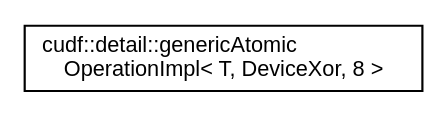
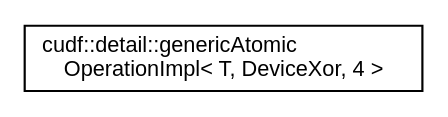
One commit to rapidsai/projects changed the diagram in libcudf/0.8.0/inherit_graph_58.dot. Above: the diagram before and after it, drawn with Graphviz. The commit also changed 531 other files, not shown here.

```diff
--- a/libcudf/0.8.0/inherit_graph_58.dot
+++ b/libcudf/0.8.0/inherit_graph_58.dot
@@ -1,7 +1,7 @@
 digraph "Graphical Class Hierarchy"
 {
   edge [fontname="Helvetica",fontsize="10",labelfontname="Helvetica",labelfontsize="10"];
   node [fontname="Helvetica",fontsize="10",shape=record];
   rankdir="LR";
-  Node0 [label="cudf::detail::genericAtomic\lOperationImpl\< T, DeviceXor, 8 \>",height=0.2,width=0.4,color="black", fillcolor="white", style="filled",URL="$structcudf_1_1detail_1_1genericAtomicOperationImpl_3_01T_00_01DeviceXor_00_018_01_4.html"];
+  Node0 [label="cudf::detail::genericAtomic\lOperationImpl\< T, DeviceXor, 4 \>",height=0.2,width=0.4,color="black", fillcolor="white", style="filled",URL="$structcudf_1_1detail_1_1genericAtomicOperationImpl_3_01T_00_01DeviceXor_00_014_01_4.html"];
 }
```
